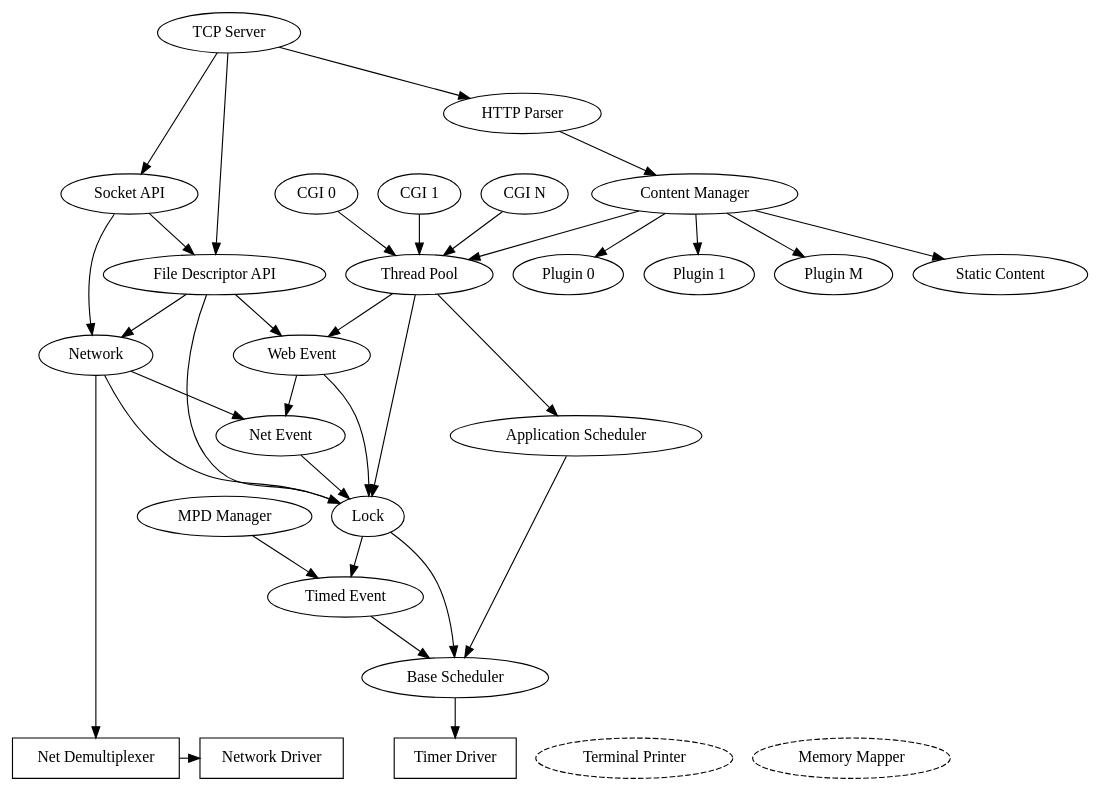
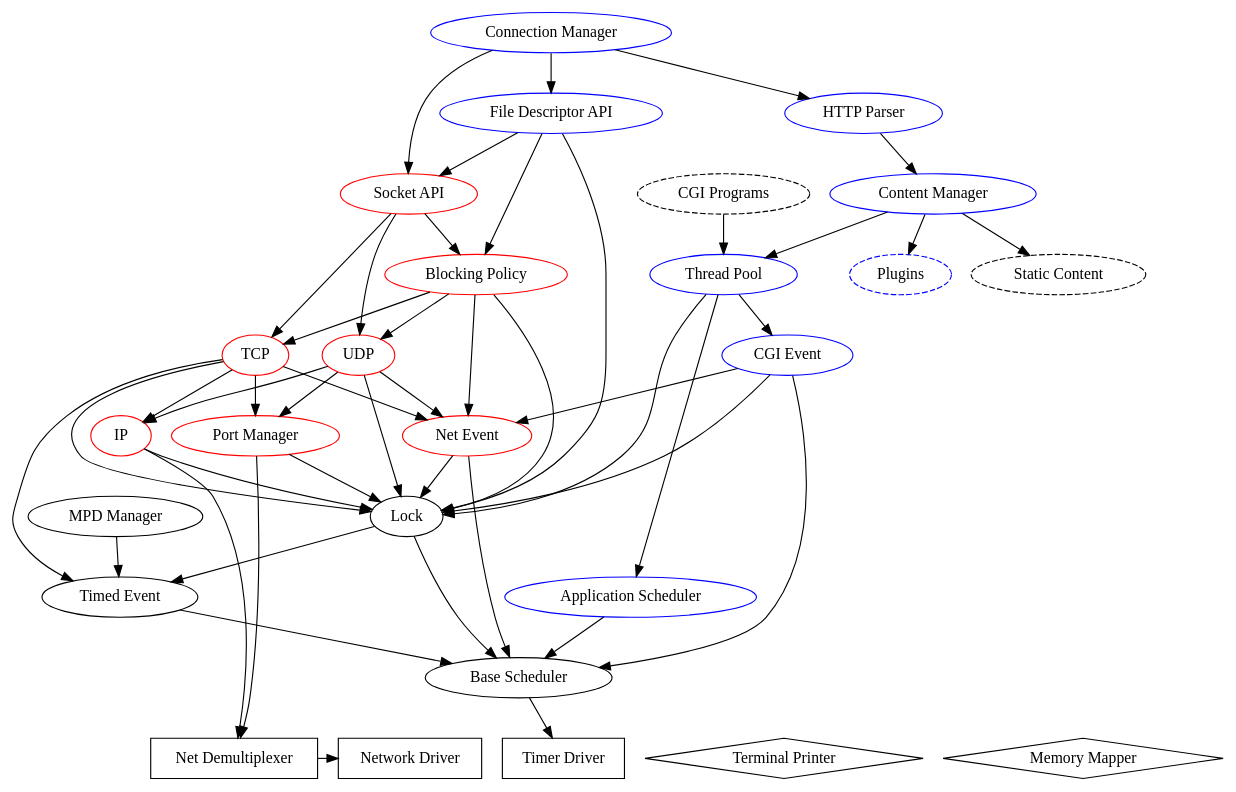
The diagram in module/doc/component_web_server.dot (gwsystems/composite), drawn with Graphviz before and after one commit. The commit also changed 17 other files, not shown here.

```diff
--- a/module/doc/component_web_server.dot
+++ b/module/doc/component_web_server.dot
@@ -1,71 +1,92 @@
 digraph web_server {
 	overlap=false;
 //	overlap=scale;
 	splines=true;
 //	rankdir=BT;
 	
-	"TCP Server";
-	"Socket API";
-	"File Descriptor API";
-	"HTTP Parser";
-	"CGI 0";
-	"CGI 1";
-	"CGI N";
-	"Thread Pool";
-	"Static Content";
-	"Plugin 0";
-	"Plugin 1";
-	"Plugin M";
-	"Base Scheduler";
-	"Application Scheduler";
-	"Web Event";
-	"Net Event";
-	"Network";
-	"Lock";
-	"Timed Event";
-	"MPD Manager";
-	"Content Manager";
 	{
 		rank=same;
 		"Net Demultiplexer" [shape=box];
 		"Network Driver" [shape=box];
 		"Timer Driver" [shape=box];
-		"Terminal Printer" [style=dashed];
-		"Memory Mapper" [style=dashed];
+		"Terminal Printer" [shape=diamond];
+		"Memory Mapper" [shape=diamond];
 	};
 
-	"TCP Server" -> "Socket API";
-	"TCP Server" -> "File Descriptor API";
-	"Socket API" -> "File Descriptor API";
-	"TCP Server" -> "HTTP Parser";
+	{
+	"Socket API" [color=red];
+	"Blocking Policy" [color=red];
+	"UDP" [color=red];
+	"TCP" [color=red];
+	"IP" [color=red];
+	"Port Manager" [color=red];
+	"Net Event" [color=red];
+	};
+
+	{
+	"Connection Manager" [color=blue];
+	"HTTP Parser" [color=blue];
+	"CGI Programs" [style=dashed];
+	"Content Manager" [color=blue];
+	"Thread Pool" [color=blue];
+	"Static Content" [style=dashed];
+	"Plugins" [style=dashed,color=blue];
+	"Application Scheduler" [color=blue];
+	"CGI Event" [color=blue];
+	"File Descriptor API" [color=blue];
+	};
+
+	"Base Scheduler";
+	"Lock";
+	"Timed Event";
+	"MPD Manager";
+	
+
+	// Edges
+	"Connection Manager" -> "Socket API";
+	"Connection Manager" -> "File Descriptor API";
+	"File Descriptor API" -> "Socket API";
+	"File Descriptor API" -> "Blocking Policy";
+	"Socket API" -> "Blocking Policy";
+	"Blocking Policy" -> "TCP";
+	"Blocking Policy" -> "UDP";
+	"Blocking Policy" -> "Lock";
+	"Blocking Policy" -> "Net Event";
+	"Connection Manager" -> "HTTP Parser";
 	"HTTP Parser" -> "Content Manager";
-	"Content Manager" -> "Plugin 0";
-	"Content Manager" -> "Plugin 1";
-	"Content Manager" -> "Plugin M";
+	"Content Manager" -> "Plugins";
 	"Content Manager" -> "Static Content";
 	"Content Manager" -> "Thread Pool";
-	"CGI 0" -> "Thread Pool";
-	"CGI 1" -> "Thread Pool";
-	"CGI N" -> "Thread Pool";
+	"CGI Programs" -> "Thread Pool";
 	"Thread Pool" -> "Application Scheduler";
 	"Application Scheduler" -> "Base Scheduler";
-	"Thread Pool" -> "Web Event";
-	"Socket API" -> "Network";
-	"File Descriptor API" -> "Network";
-	"File Descriptor API" -> "Web Event";
-	"Network" -> "Net Event";
-	"Web Event" -> "Net Event";
-	"Web Event" -> "Lock";
+	"Thread Pool" -> "CGI Event";
+	"Socket API" -> "TCP";
+	"Socket API" -> "UDP";
+	"UDP" -> "IP";
+	"TCP" -> "IP";
+	"TCP" -> "Timed Event";
+	"UDP" -> "Net Event";
+	"TCP" -> "Net Event";
+	"UDP" -> "Port Manager";
+	"TCP" -> "Port Manager";
+	"Port Manager" -> "Lock";
+	"Port Manager" -> "Net Demultiplexer";
+	"CGI Event" -> "Net Event";
+	"CGI Event" -> "Base Scheduler";
+	"Net Event" -> "Base Scheduler";
+	"CGI Event" -> "Lock";
 	"Net Event" -> "Lock";
 	"Lock" -> "Timed Event";
 	"Lock" -> "Base Scheduler";
 	"Timed Event" -> "Base Scheduler";
-	"Network" -> "Lock";
+	"UDP" -> "Lock";
+	"TCP" -> "Lock";
+	"IP" -> "Lock";
 	"Thread Pool" -> "Lock";
 	"File Descriptor API" -> "Lock";
-	"Network" -> "Net Demultiplexer" -> "Network Driver";
-//	"Network" -> "Network Driver";
+	"IP" -> "Net Demultiplexer" -> "Network Driver";
 	"Base Scheduler" -> "Timer Driver";
 
 	"MPD Manager" -> "Timed Event";	
 }
```
